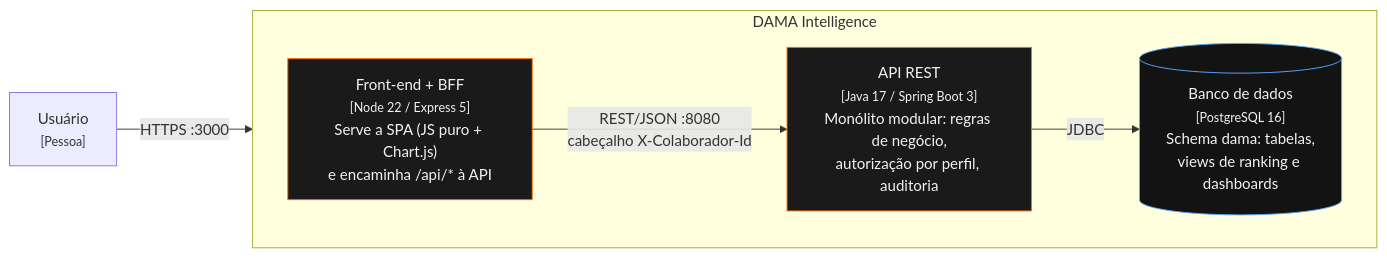
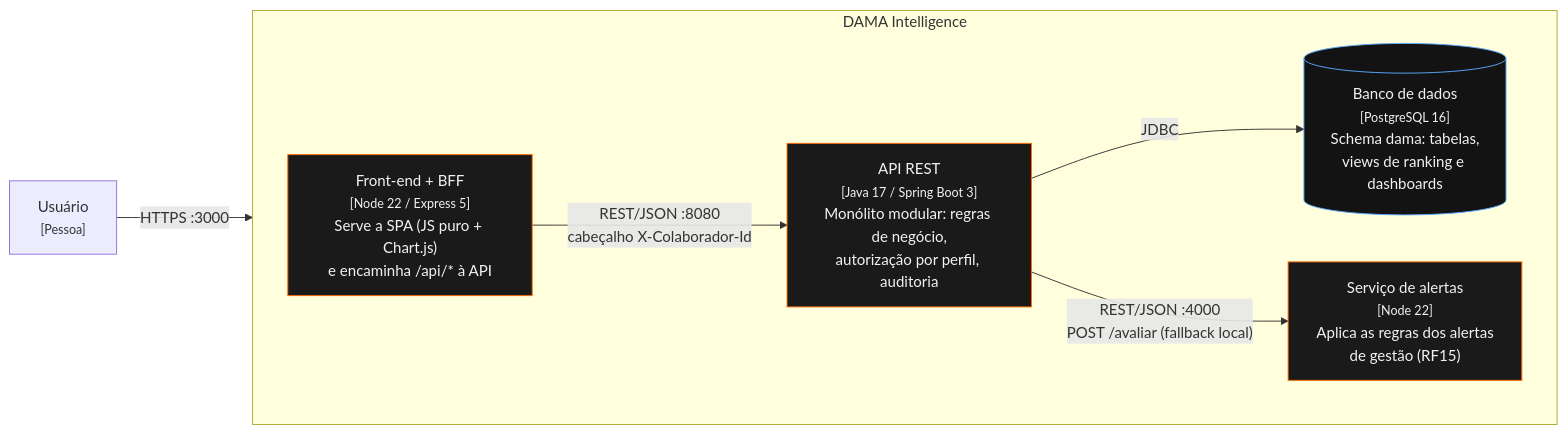
The diagram in docs/arquitetura/c4-2-conteineres.md (Quengue/DAMA), drawn with Mermaid before and after one commit. The commit also changed other lines of this file and 27 other files, not shown here.

````diff
--- a/docs/arquitetura/c4-2-conteineres.md
+++ b/docs/arquitetura/c4-2-conteineres.md
@@ -3,20 +3,22 @@
 ```mermaid
 flowchart LR
     usuario["Usuário<br/><small>[Pessoa]</small>"]
 
     subgraph dama["DAMA Intelligence"]
         direction LR
         front["Front-end + BFF<br/><small>[Node 22 / Express 5]</small><br/>Serve a SPA (JS puro + Chart.js)<br/>e encaminha /api/* à API"]
         api["API REST<br/><small>[Java 17 / Spring Boot 3]</small><br/>Monólito modular: regras de negócio,<br/>autorização por perfil, auditoria"]
         db[("Banco de dados<br/><small>[PostgreSQL 16]</small><br/>Schema dama: tabelas,<br/>views de ranking e dashboards")]
+        alertas["Serviço de alertas<br/><small>[Node 22]</small><br/>Aplica as regras dos alertas<br/>de gestão (RF15)"]
     end
 
     usuario -- "HTTPS :3000" --> front
     front -- "REST/JSON :8080<br/>cabeçalho X-Colaborador-Id" --> api
     api -- "JDBC" --> db
+    api -- "REST/JSON :4000<br/>POST /avaliar (fallback local)" --> alertas
 
     classDef conteiner fill:#1a1a1a,stroke:#ff6a00,color:#f2f2f2
     classDef banco fill:#131313,stroke:#5aa9ff,color:#f2f2f2
-    class front,api conteiner
+    class front,api,alertas conteiner
     class db banco
 ```
````
